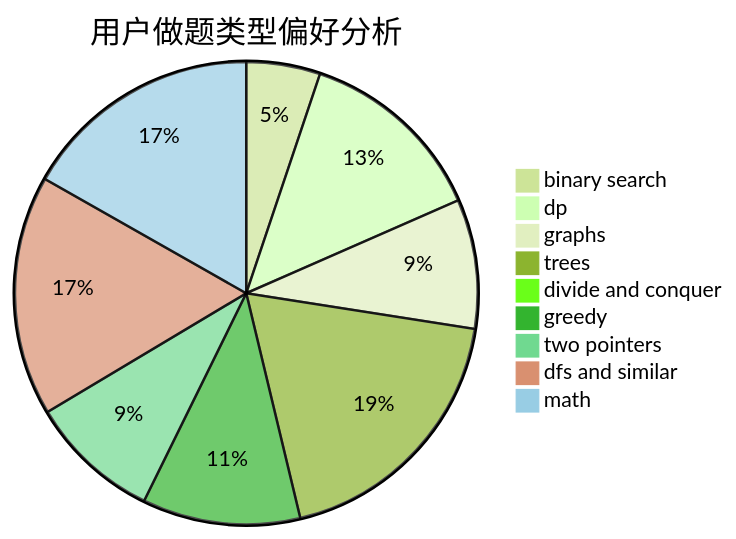
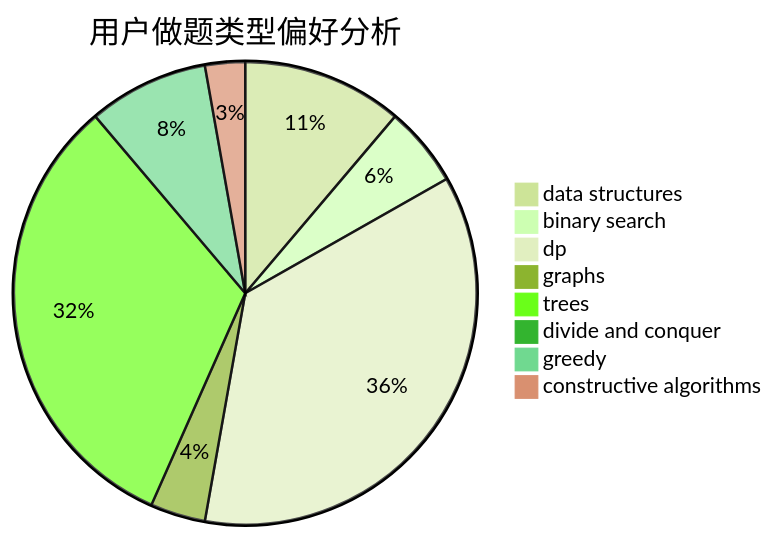
One commit to sherpahu/cfrs.github.io changed the second of 3 diagrams in docs/user/u2438.md. Above: the diagram before and after it, drawn with Mermaid (forest theme). The commit also changed other lines of this file and 2775 other files, not shown here.

````diff
--- a/docs/user/u2438.md
+++ b/docs/user/u2438.md
@@ -23,12 +23,11 @@
 ```mermaid
 pie title 用户做题类型偏好分析
-    "binary search" :  44
-    "dp" :  113
-    "graphs" :  77
-    "trees" :  160
+    "data structures" :  32
+    "binary search" :  16
+    "dp" :  103
+    "graphs" :  11
+    "trees" :  92
     "divide and conquer" :  0
-    "greedy" :  94
-    "two pointers" :  78
-    "dfs and similar" :  143
-    "math" :  143
+    "greedy" :  24
+    "constructive algorithms" :  8
 ```
````
